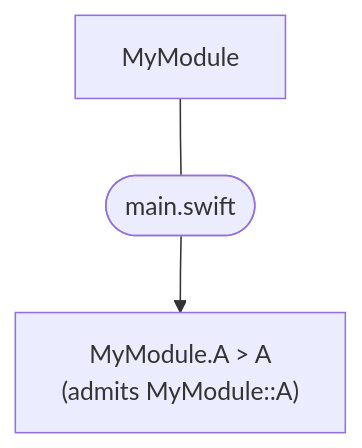
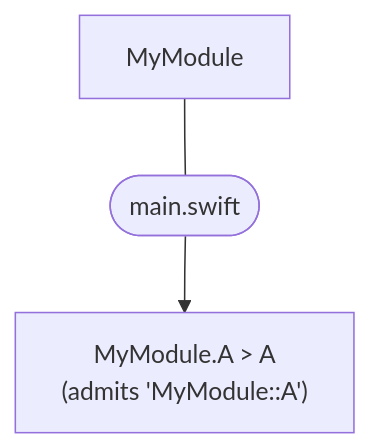
One commit to filip-sakel/swift-syntax changed the first of 8 diagrams in Sources/SwiftLexicalLookup/SwiftLexicalLookup.docc/TypeGraph.md. Above: the diagram before and after it, drawn with Mermaid. The commit also changed other lines of this file, not shown here.

````diff
--- a/Sources/SwiftLexicalLookup/SwiftLexicalLookup.docc/TypeGraph.md
+++ b/Sources/SwiftLexicalLookup/SwiftLexicalLookup.docc/TypeGraph.md
@@ -39,9 +39,9 @@
 ```mermaid
 flowchart TD
     root["MyModule"]
-    memberA["MyModule.A > A<br/>(admits MyModule::A)"]
+    memberA["MyModule.A > A<br/>(admits 'MyModule::A')"]
     file(["main.swift"])
 
     root --- file
     file --> memberA
 ```
````
